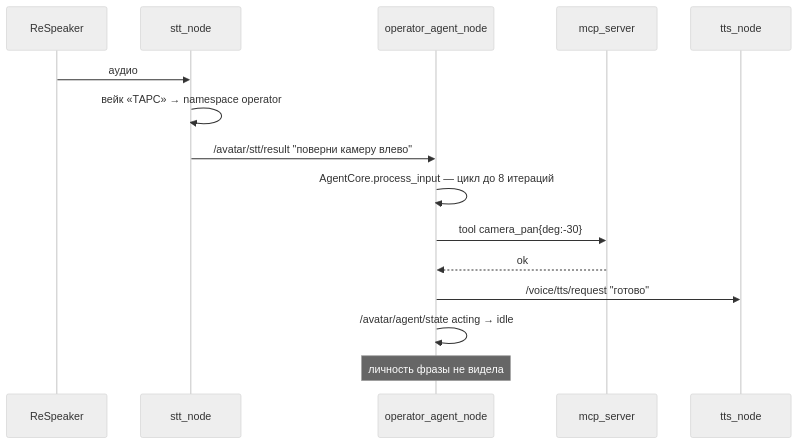
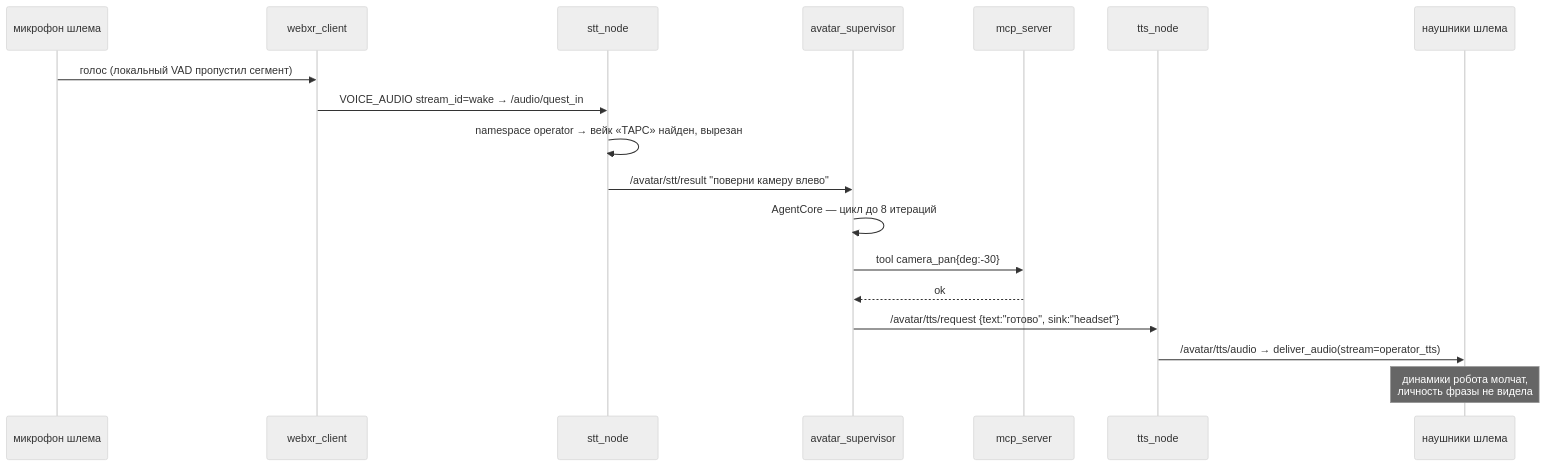
The fourth of 7 diagrams in docs/architecture/target-operator-agent-and-dialogue.md (krikz/rob_box_project), drawn with Mermaid (neutral theme) before and after one commit. The commit also changed other lines of this file, not shown here.

First line of the commit message:
docs(architecture): супервизор = агентский цикл ТАРС; арбитраж floor выносится

````diff
--- a/docs/architecture/target-operator-agent-and-dialogue.md
+++ b/docs/architecture/target-operator-agent-and-dialogue.md
@@ -447,17 +682,20 @@
 ```mermaid
 sequenceDiagram
-  participant M as ReSpeaker
+  participant MIC as микрофон шлема
+  participant C as webxr_client
   participant S as stt_node
-  participant OA as operator_agent_node
+  participant OA as avatar_supervisor
   participant MCP as mcp_server
   participant T as tts_node
-  M->>S: аудио
-  S->>S: вейк «ТАРС» → namespace operator
+  participant EAR as наушники шлема
+  MIC->>C: голос (локальный VAD пропустил сегмент)
+  C->>S: VOICE_AUDIO stream_id=wake → /audio/quest_in
+  S->>S: namespace operator → вейк «ТАРС» найден, вырезан
   S->>OA: /avatar/stt/result "поверни камеру влево"
-  OA->>OA: AgentCore.process_input — цикл до 8 итераций
+  OA->>OA: AgentCore — цикл до 8 итераций
   OA->>MCP: tool camera_pan{deg:-30}
   MCP-->>OA: ok
-  OA->>T: /voice/tts/request "готово"
-  OA->>OA: /avatar/agent/state acting → idle
-  Note over OA: личность фразы не видела
+  OA->>T: /avatar/tts/request {text:"готово", sink:"headset"}
+  T->>EAR: /avatar/tts/audio → deliver_audio(stream=operator_tts)
+  Note over EAR: динамики робота молчат,<br/>личность фразы не видела
 ```
````
